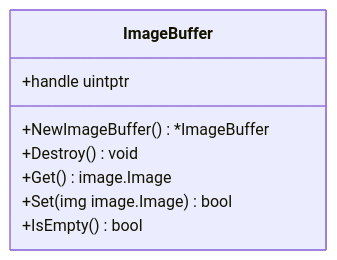
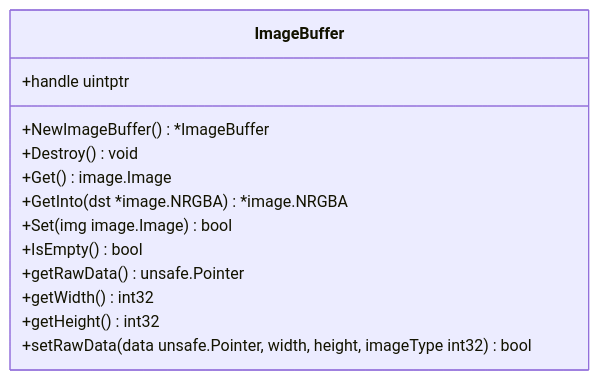
Before and after one commit to kqcoxn/MaaPipelineEditor: the first of 7 diagrams in instructions/maafw-golang-binding/性能优化.md, drawn with Mermaid. The commit also changed other lines of this file and 9 other files, not shown here.

````diff
--- a/instructions/maafw-golang-binding/性能优化.md
+++ b/instructions/maafw-golang-binding/性能优化.md
@@ -46,11 +64,16 @@
 ```mermaid
 classDiagram
 class ImageBuffer {
 +handle uintptr
 +NewImageBuffer() *ImageBuffer
 +Destroy() void
 +Get() image.Image
++GetInto(dst *image.NRGBA) *image.NRGBA
 +Set(img image.Image) bool
 +IsEmpty() bool
++getRawData() unsafe.Pointer
++getWidth() int32
++getHeight() int32
++setRawData(data unsafe.Pointer, width, height, imageType int32) bool
 }
 ```
````
